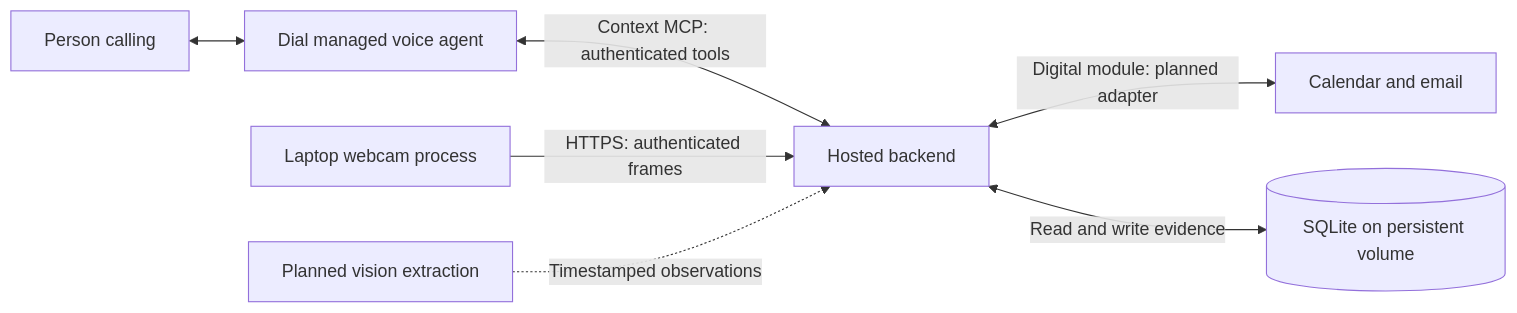
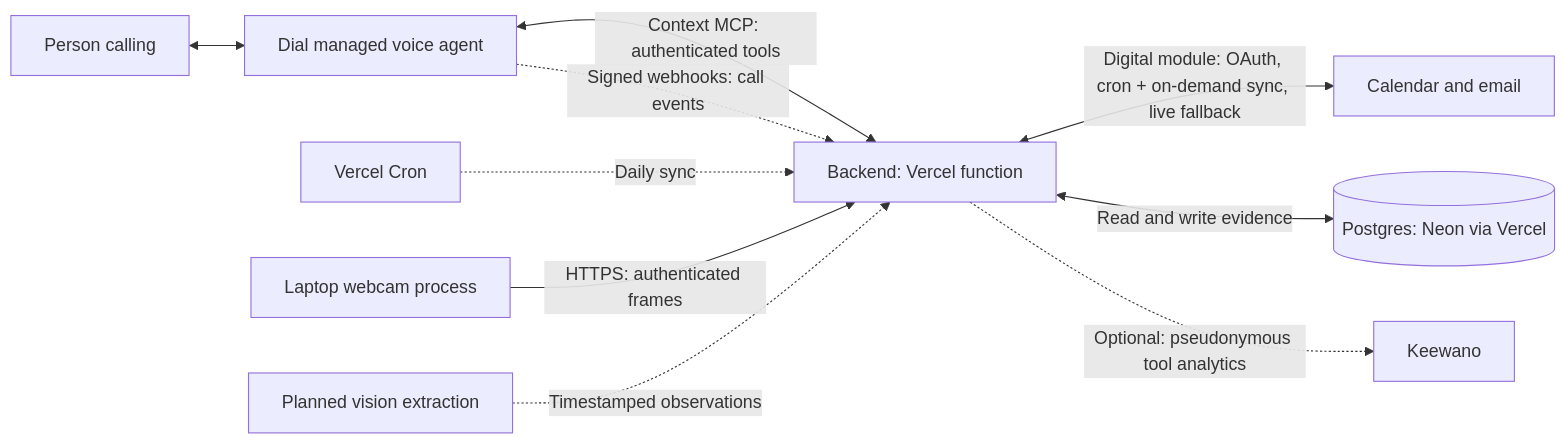
One commit to mattdomingo/speedhacks changed the diagram in README.md. Above: the diagram before and after it, drawn with Mermaid. The commit also changed other lines of this file and 38 other files, not shown here.

````diff
--- a/README.md
+++ b/README.md
@@ -9,9 +9,12 @@
 ```mermaid
 flowchart LR
     Caller[Person calling] <--> Dial[Dial managed voice agent]
-    Dial <-->|Context MCP: authenticated tools| Backend[Hosted backend]
-    Backend <-->|Digital module: planned adapter| Google[Calendar and email]
-    Backend <-->|Read and write evidence| Store[(SQLite on persistent volume)]
+    Dial <-->|Context MCP: authenticated tools| Backend[Backend: Vercel function]
+    Backend <-->|Digital module: OAuth, cron + on-demand sync, live fallback| Google[Calendar and email]
+    Backend <-->|Read and write evidence| Store[(Postgres: Neon via Vercel)]
+    Cron[Vercel Cron] -.->|Daily sync| Backend
+    Dial -.->|Signed webhooks: call events| Backend
+    Backend -.->|Optional: pseudonymous tool analytics| Keewano[Keewano]
     Camera[Laptop webcam process] -->|HTTPS: authenticated frames| Backend
     Vision[Planned vision extraction] -.->|Timestamped observations| Backend
 ```
````
